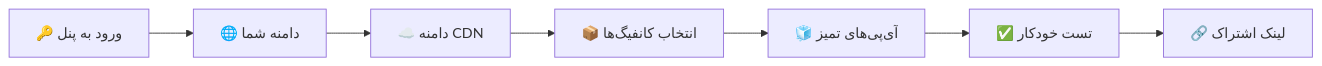
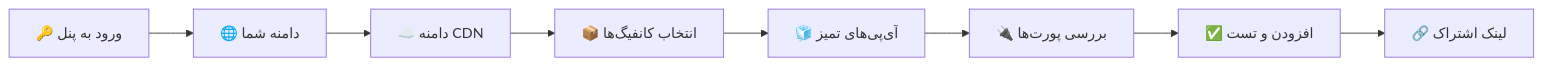
Before and after one commit to AyhanMansur/AyhanX-Direct: the diagram in README.md, drawn with Mermaid. The commit also changed other lines of this file, not shown here.

````diff
--- a/README.md
+++ b/README.md
@@ -44,9 +49,10 @@
 ```mermaid
 flowchart LR
     A[🔑 ورود به پنل] --> B[🌐 دامنه شما]
     B --> C[☁️ دامنه CDN]
     C --> D[📦 انتخاب کانفیگ‌ها]
     D --> E[🧊 آی‌پی‌های تمیز]
-    E --> F[✅ تست خودکار]
-    F --> G[🔗 لینک اشتراک]
+    E --> F[🔌 بررسی پورت‌ها]
+    F --> G[✅ افزودن و تست]
+    G --> H[🔗 لینک اشتراک]
 ```
````
